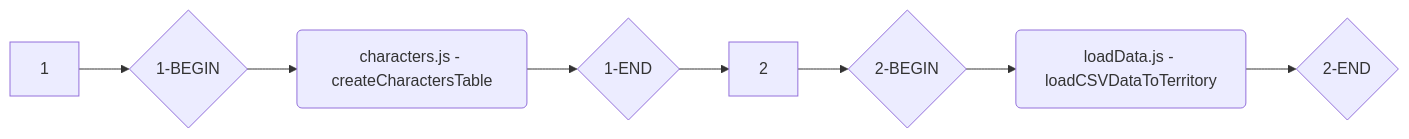
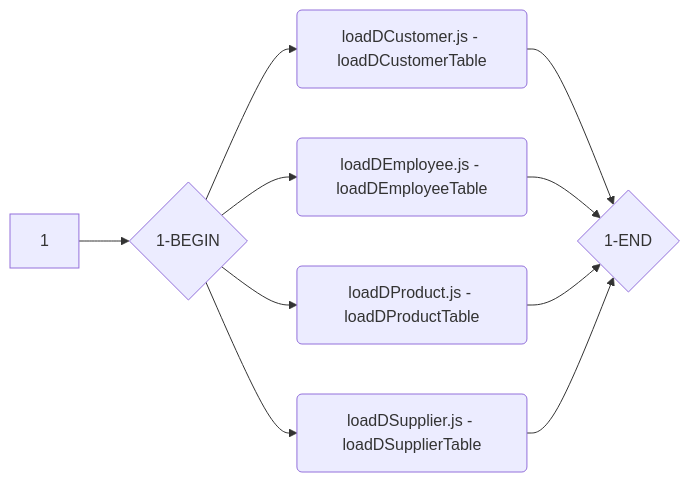
Before and after one commit to llazanja/node-etl-fluent: the diagram in flowchart/input.mmd, drawn with Mermaid. The commit also changed 9 other files, not shown here.

```diff
--- a/flowchart/input.mmd
+++ b/flowchart/input.mmd
@@ -1,8 +1,10 @@
 graph LR
    1-->1BEGIN{1-BEGIN}
-   1BEGIN{1-BEGIN}-->characters.js(characters.js - createCharactersTable)
-   characters.js(characters.js - createCharactersTable)-->1END{1-END}
-   1END{1-END}-->2
-   2-->2BEGIN{2-BEGIN}
-   2BEGIN{2-BEGIN}-->loadData.js(loadData.js - loadCSVDataToTerritory)
-   loadData.js(loadData.js - loadCSVDataToTerritory)-->2END{2-END}
+   1BEGIN{1-BEGIN}-->loadDCustomer.js(loadDCustomer.js - loadDCustomerTable)
+   1BEGIN{1-BEGIN}-->loadDEmployee.js(loadDEmployee.js - loadDEmployeeTable)
+   1BEGIN{1-BEGIN}-->loadDProduct.js(loadDProduct.js - loadDProductTable)
+   1BEGIN{1-BEGIN}-->loadDSupplier.js(loadDSupplier.js - loadDSupplierTable)
+   loadDCustomer.js(loadDCustomer.js - loadDCustomerTable)-->1END{1-END}
+   loadDEmployee.js(loadDEmployee.js - loadDEmployeeTable)-->1END{1-END}
+   loadDProduct.js(loadDProduct.js - loadDProductTable)-->1END{1-END}
+   loadDSupplier.js(loadDSupplier.js - loadDSupplierTable)-->1END{1-END}
```
